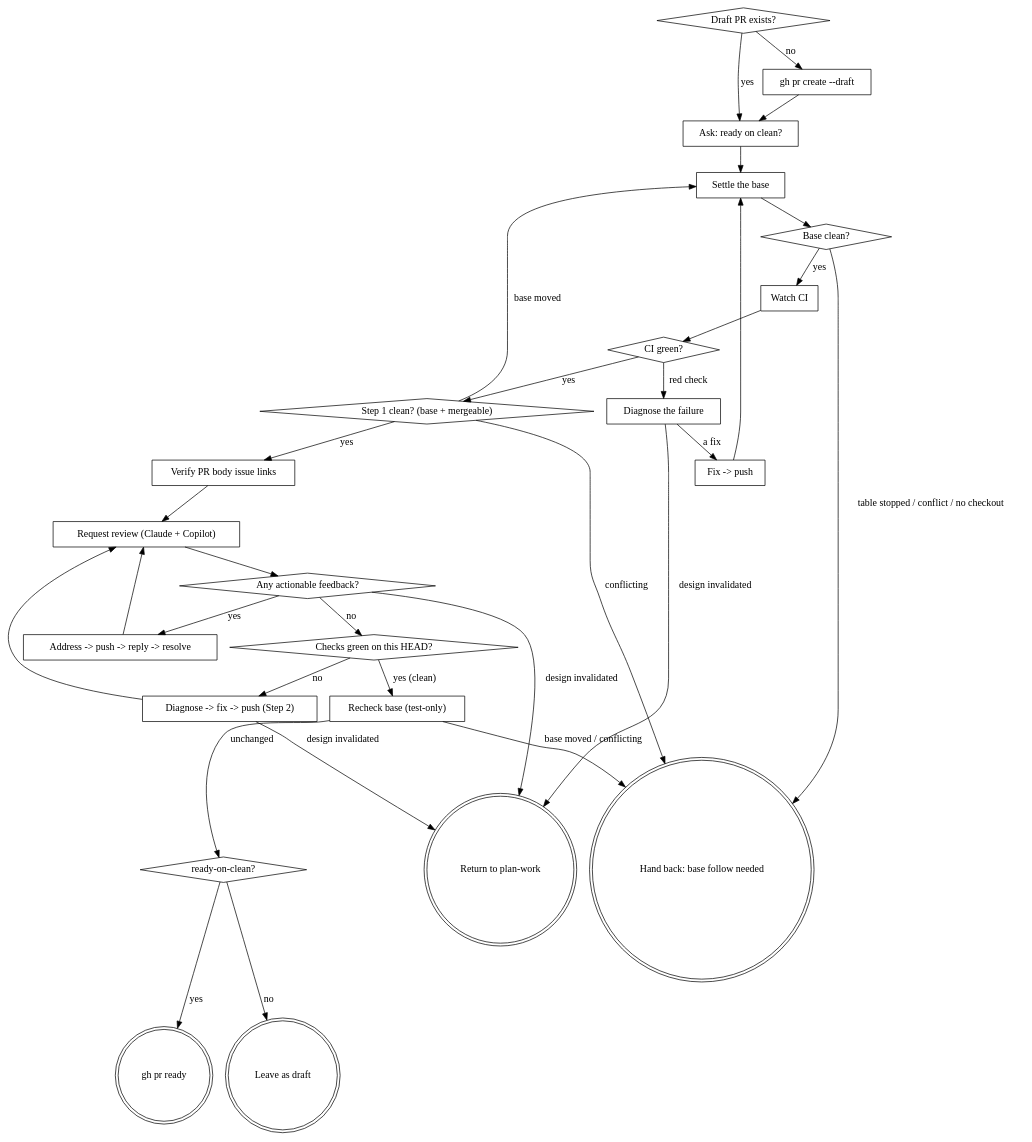
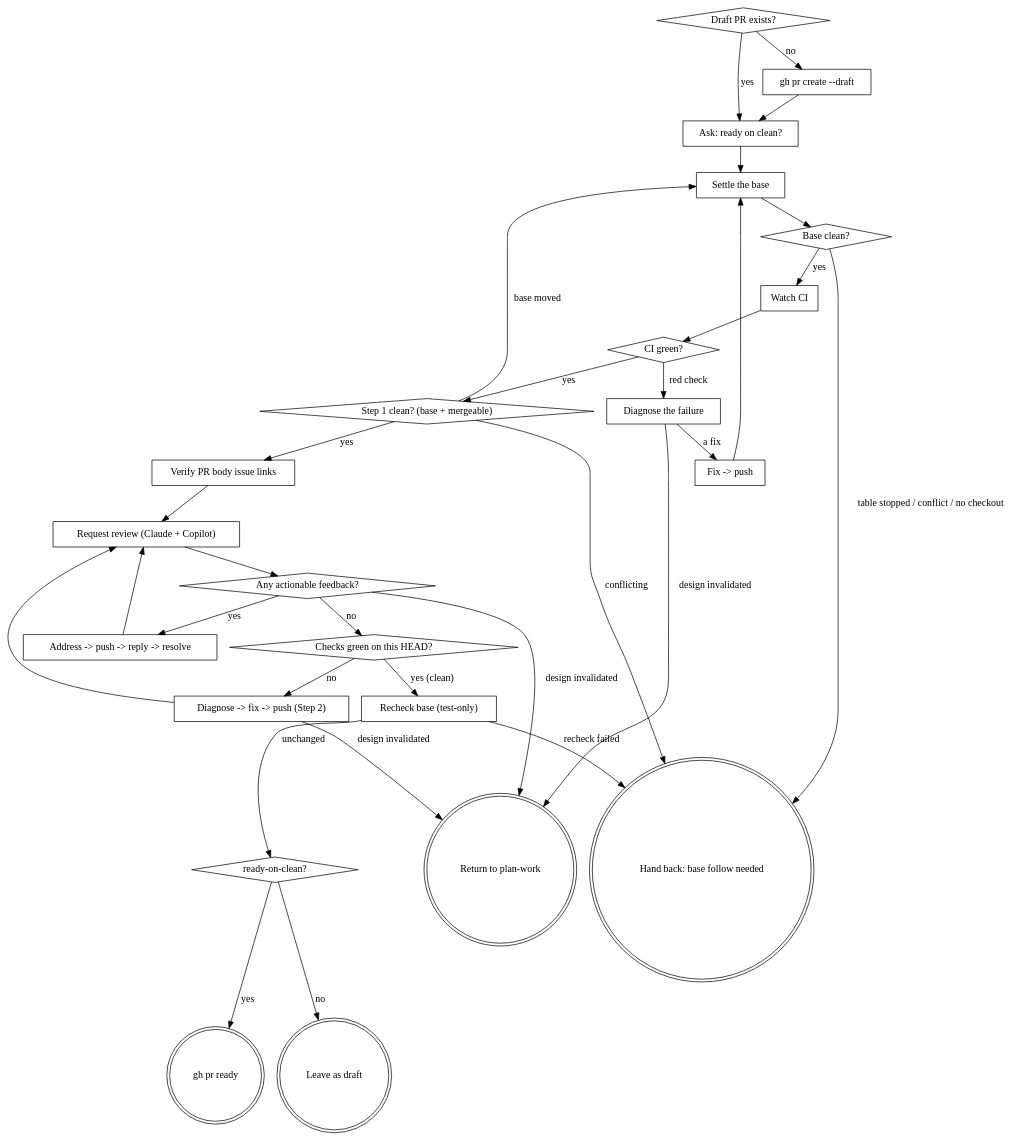
The diagram in ai/skills/pr-to-ready/SKILL.md (yowcow/dotfiles), drawn with Graphviz before and after one commit. The commit also changed other lines of this file, not shown here.

````diff
--- a/ai/skills/pr-to-ready/SKILL.md
+++ b/ai/skills/pr-to-ready/SKILL.md
@@ -126,57 +126,57 @@
 ```dot
 digraph pr_to_ready {
   "Draft PR exists?" [shape=diamond];
   "gh pr create --draft" [shape=box];
   "Ask: ready on clean?" [shape=box];
   "Settle the base" [shape=box];
   "Base clean?" [shape=diamond];
   "Watch CI" [shape=box];
   "CI green?" [shape=diamond];
   "Step 1 clean? (base + mergeable)" [shape=diamond];
   "Diagnose the failure" [shape=box];
   "Fix -> push" [shape=box];
   "Verify PR body issue links" [shape=box];
   "Request review (Claude + Copilot)" [shape=box];
   "Any actionable feedback?" [shape=diamond];
   "Address -> push -> reply -> resolve" [shape=box];
   "Checks green on this HEAD?" [shape=diamond];
   "Diagnose -> fix -> push (Step 2)" [shape=box];
   "Recheck base (test-only)" [shape=box];
   "ready-on-clean?" [shape=diamond];
   "gh pr ready" [shape=doublecircle];
   "Leave as draft" [shape=doublecircle];
   "Hand back: base follow needed" [shape=doublecircle];
   "Return to plan-work" [shape=doublecircle];
 
   "Draft PR exists?" -> "gh pr create --draft" [label="no"];
   "gh pr create --draft" -> "Ask: ready on clean?";
   "Draft PR exists?" -> "Ask: ready on clean?" [label="yes"];
   "Ask: ready on clean?" -> "Settle the base";
   "Settle the base" -> "Base clean?";
   "Base clean?" -> "Watch CI" [label="yes"];
   "Base clean?" -> "Hand back: base follow needed" [label="table stopped / conflict / no checkout"];
   "Watch CI" -> "CI green?";
   "CI green?" -> "Diagnose the failure" [label="red check"];
   "Diagnose the failure" -> "Fix -> push" [label="a fix"];
   "Fix -> push" -> "Settle the base";
   "CI green?" -> "Step 1 clean? (base + mergeable)" [label="yes"];
   "Step 1 clean? (base + mergeable)" -> "Verify PR body issue links" [label="yes"];
   "Step 1 clean? (base + mergeable)" -> "Settle the base" [label="base moved"];
   "Step 1 clean? (base + mergeable)" -> "Hand back: base follow needed" [label="conflicting"];
   "Verify PR body issue links" -> "Request review (Claude + Copilot)";
   "Request review (Claude + Copilot)" -> "Any actionable feedback?";
   "Any actionable feedback?" -> "Address -> push -> reply -> resolve" [label="yes"];
   "Address -> push -> reply -> resolve" -> "Request review (Claude + Copilot)";
   "Any actionable feedback?" -> "Checks green on this HEAD?" [label="no"];
   "Checks green on this HEAD?" -> "Recheck base (test-only)" [label="yes (clean)"];
   "Checks green on this HEAD?" -> "Diagnose -> fix -> push (Step 2)" [label="no"];
   "Recheck base (test-only)" -> "ready-on-clean?" [label="unchanged"];
-  "Recheck base (test-only)" -> "Hand back: base follow needed" [label="base moved / conflicting"];
+  "Recheck base (test-only)" -> "Hand back: base follow needed" [label="recheck failed"];
   "Diagnose -> fix -> push (Step 2)" -> "Request review (Claude + Copilot)";
   "Diagnose -> fix -> push (Step 2)" -> "Return to plan-work" [label="design invalidated"];
   "Any actionable feedback?" -> "Return to plan-work" [label="design invalidated"];
   "Diagnose the failure" -> "Return to plan-work" [label="design invalidated"];
   "ready-on-clean?" -> "gh pr ready" [label="yes"];
   "ready-on-clean?" -> "Leave as draft" [label="no"];
 }
 ```
````
